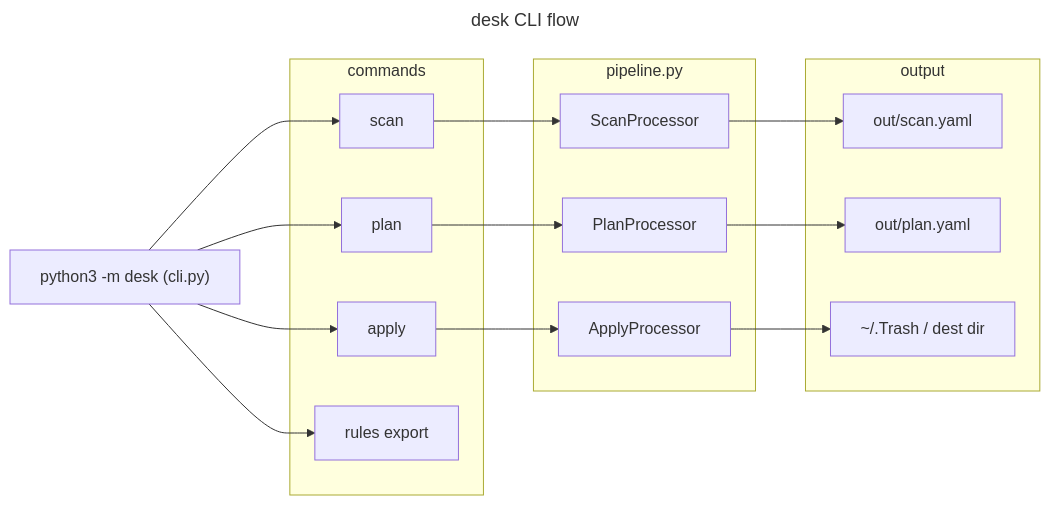
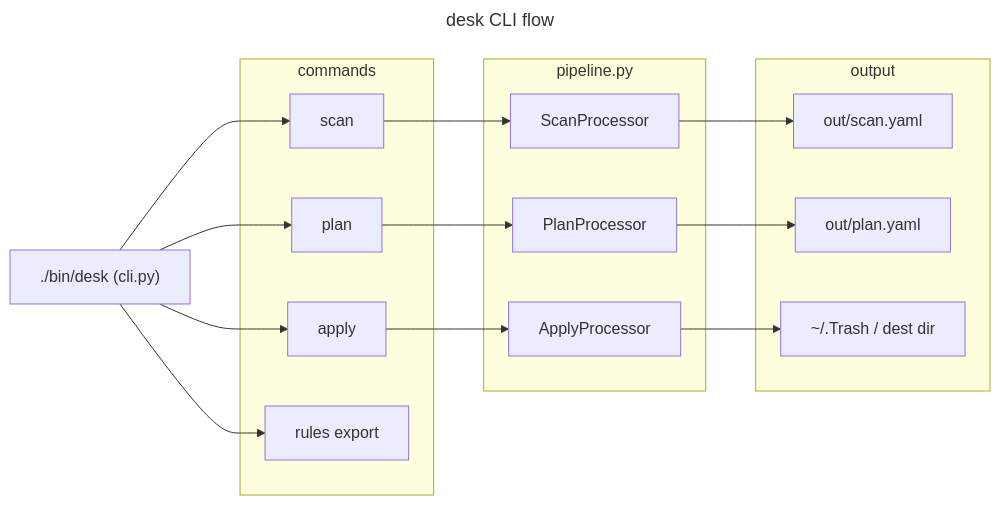
Before and after one commit to dancing-bear-show/dancing-bear: the diagram in src/desk/README.md, drawn with Mermaid. The commit also changed other lines of this file and 24 other files, not shown here.

````diff
--- a/src/desk/README.md
+++ b/src/desk/README.md
@@ -53,27 +53,27 @@
 ```mermaid
 ---
 title: desk CLI flow
 ---
 flowchart LR
-    cli["python3 -m desk (cli.py)"]
+    cli["./bin/desk (cli.py)"]
     subgraph commands
         scan[scan]
         plan[plan]
         apply[apply]
         rules_export[rules export]
     end
     subgraph pipeline ["pipeline.py"]
         ScanProcessor
         PlanProcessor
         ApplyProcessor
     end
     subgraph output
         out_yaml[out/scan.yaml]
         out_plan[out/plan.yaml]
         trash["~/.Trash / dest dir"]
     end
     cli --> scan --> ScanProcessor --> out_yaml
     cli --> plan --> PlanProcessor --> out_plan
     cli --> apply --> ApplyProcessor --> trash
     cli --> rules_export
 ```
````
